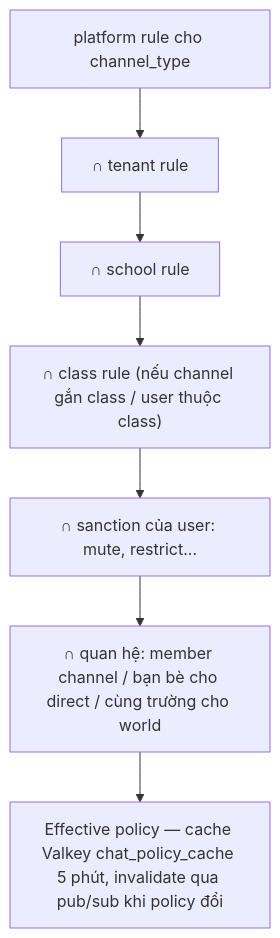
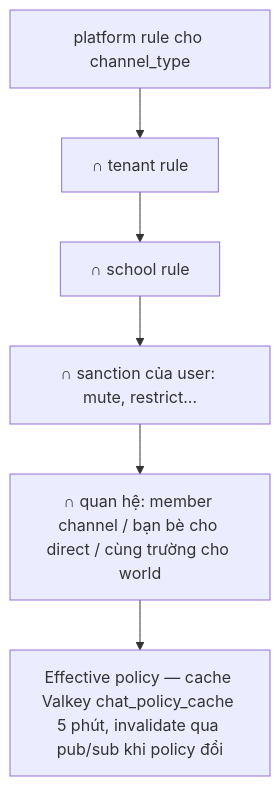
One commit to tanguyen2020/eduworld-platform changed the first of 4 diagrams in docs/03-social-multiplayer/CHAT_SYSTEM.md. Above: the diagram before and after it, drawn with Mermaid. The commit also changed other lines of this file and 46 other files, not shown here.

````diff
--- a/docs/03-social-multiplayer/CHAT_SYSTEM.md
+++ b/docs/03-social-multiplayer/CHAT_SYSTEM.md
@@ -70,9 +71,8 @@
 ```mermaid
 flowchart TD
   A[platform rule cho channel_type] --> B[∩ tenant rule]
   B --> C[∩ school rule]
-  C --> D["∩ class rule (nếu channel gắn class / user thuộc class)"]
-  D --> E["∩ sanction của user: mute, restrict..."]
+  C --> E["∩ sanction của user: mute, restrict..."]
   E --> F["∩ quan hệ: member channel / bạn bè cho direct / cùng trường cho world"]
   F --> G[Effective policy — cache Valkey chat_policy_cache 5 phút, invalidate qua pub/sub khi policy đổi]
 ```
````
